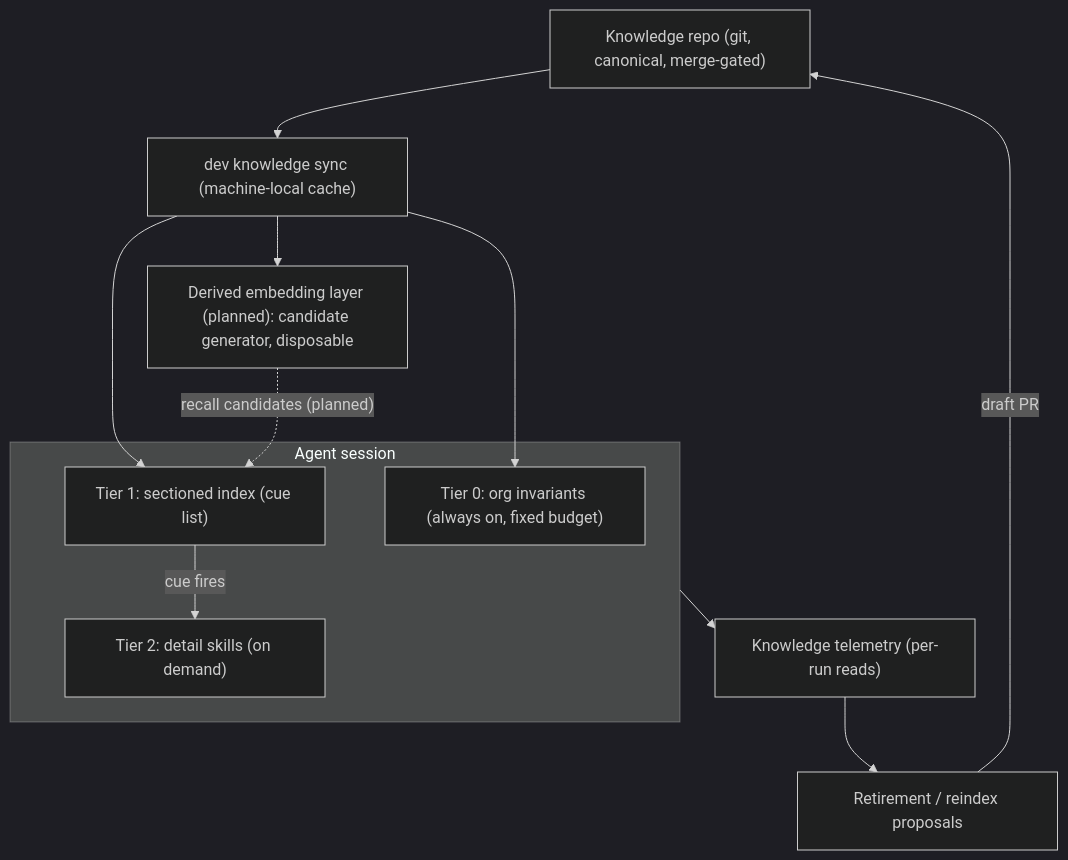
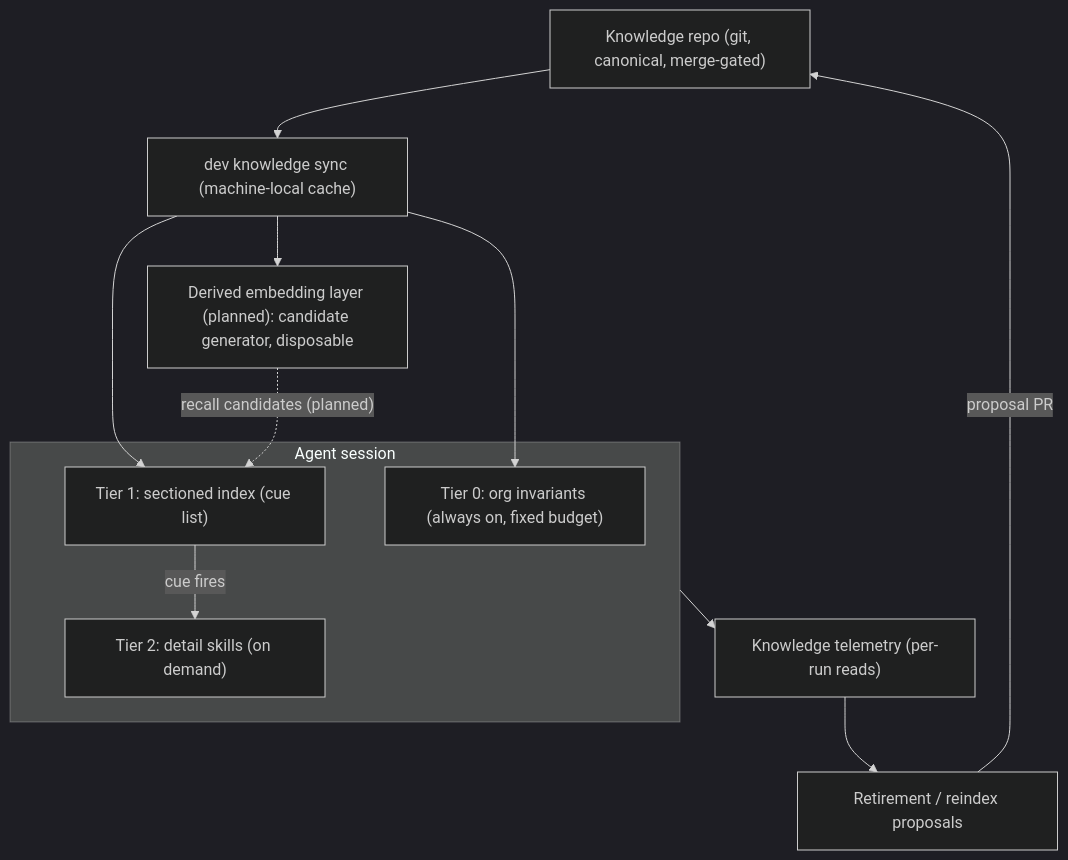
The second of 3 diagrams in docs/paper.md (d3mlabs/ai-flow), drawn with Mermaid (dark theme) before and after one commit. The commit also changed other lines of this file, not shown here.

First line of the commit message:
Converge paper terminology on "proposal"; add reconsolidation row

````diff
--- a/docs/paper.md
+++ b/docs/paper.md
@@ -281,20 +282,20 @@
 ```mermaid
 flowchart TD
     Knowledge["Knowledge repo (git, canonical, merge-gated)"]
     Cache["dev knowledge sync (machine-local cache)"]
     Embed["Derived embedding layer (planned): candidate generator, disposable"]
     Knowledge --> Cache
     Cache --> Embed
     subgraph session [Agent session]
         Tier0["Tier 0: org invariants (always on, fixed budget)"]
         Tier1["Tier 1: sectioned index (cue list)"]
         Tier2["Tier 2: detail skills (on demand)"]
     end
     Cache --> Tier0
     Cache --> Tier1
     Tier1 -->|"cue fires"| Tier2
     Embed -.->|"recall candidates (planned)"| Tier1
     session --> Telemetry["Knowledge telemetry (per-run reads)"]
     Telemetry --> Proposals["Retirement / reindex proposals"]
-    Proposals -->|"draft PR"| Knowledge
+    Proposals -->|"proposal PR"| Knowledge
 ```
````
